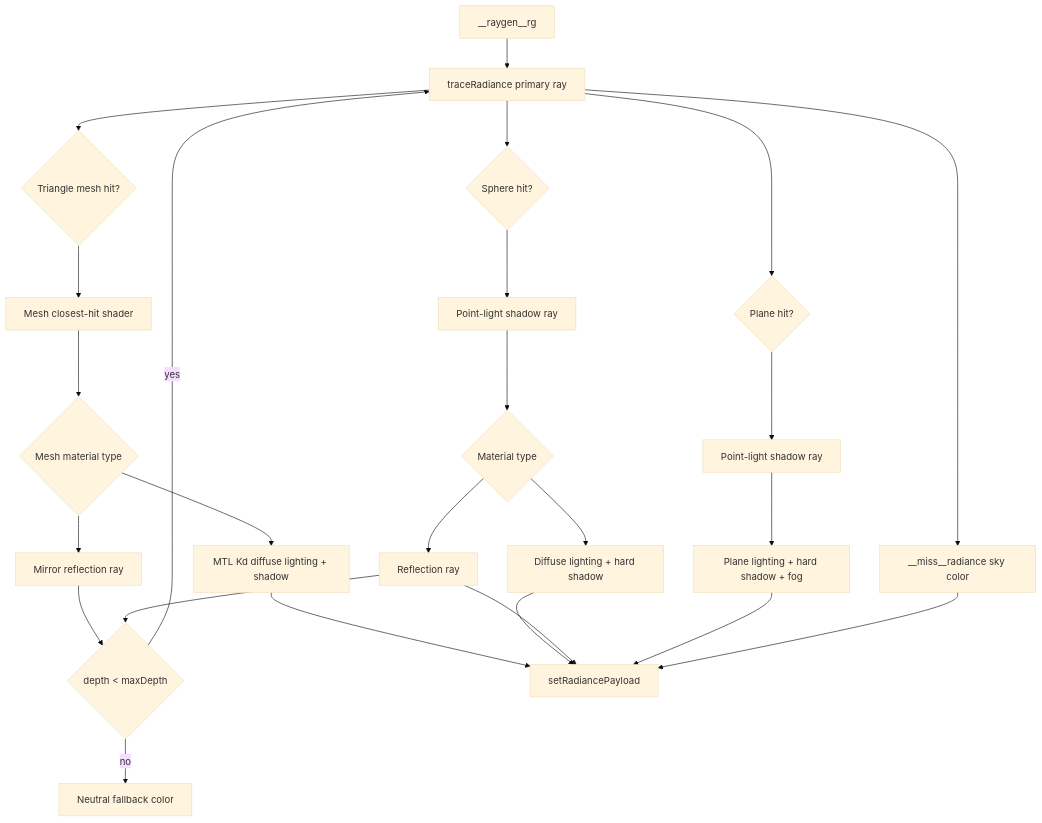
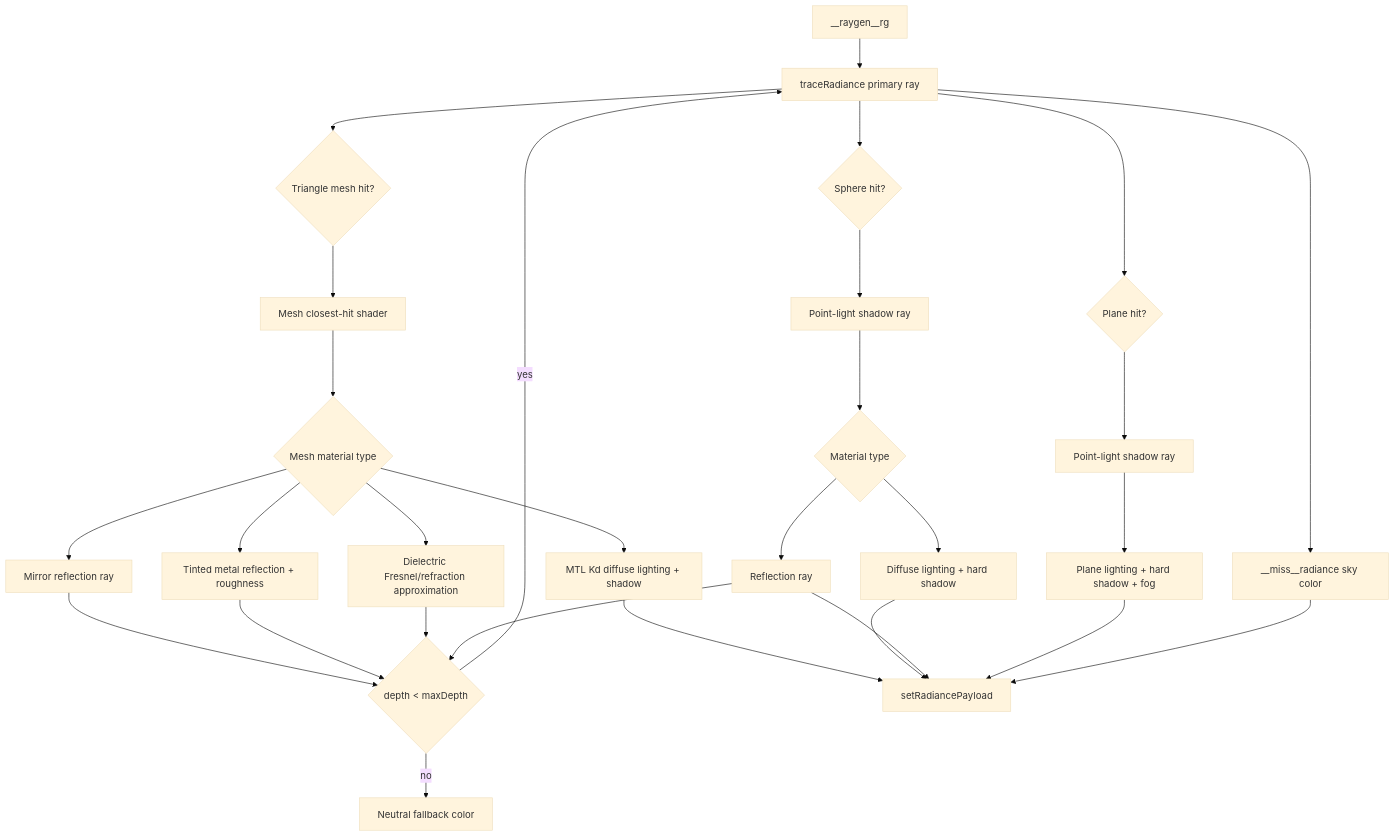
The third of 4 diagrams in RayTracerRTX/docs/architecture.md (Tundraws/RayTracer), drawn with Mermaid (base theme) before and after one commit. The commit also changed 15 other files, not shown here.

````diff
--- a/RayTracerRTX/docs/architecture.md
+++ b/RayTracerRTX/docs/architecture.md
@@ -66,27 +66,31 @@
 ```mermaid
 flowchart TD
     RG["__raygen__rg"] --> Primary["traceRadiance primary ray"]
     Primary --> HitSphere{"Sphere hit?"}
     Primary --> HitMesh{"Triangle mesh hit?"}
     Primary --> HitPlane{"Plane hit?"}
     Primary --> Miss["__miss__radiance sky color"]
     HitSphere --> Shadow["Point-light shadow ray"]
     HitMesh --> MeshClosestHit["Mesh closest-hit shader"]
     MeshClosestHit --> MeshMaterial{"Mesh material type"}
     MeshMaterial --> MeshDiffuse["MTL Kd diffuse lighting + shadow"]
     MeshMaterial --> MeshMirror["Mirror reflection ray"]
+    MeshMaterial --> MeshMetal["Tinted metal reflection + roughness"]
+    MeshMaterial --> MeshGlass["Dielectric Fresnel/refraction approximation"]
     MeshMirror --> Depth
+    MeshMetal --> Depth
+    MeshGlass --> Depth
     MeshDiffuse --> Output
     Shadow --> Material{"Material type"}
     Material --> Diffuse["Diffuse lighting + hard shadow"]
     Material --> Mirror["Reflection ray"]
     Mirror --> Depth{"depth < maxDepth"}
     Depth -->|yes| Primary
     Depth -->|no| Fallback["Neutral fallback color"]
     HitPlane --> PlaneShadow["Point-light shadow ray"]
     PlaneShadow --> PlaneLight["Plane lighting + hard shadow + fog"]
     Diffuse --> Output["setRadiancePayload"]
     Mirror --> Output
     PlaneLight --> Output
     Miss --> Output
 ```
````
